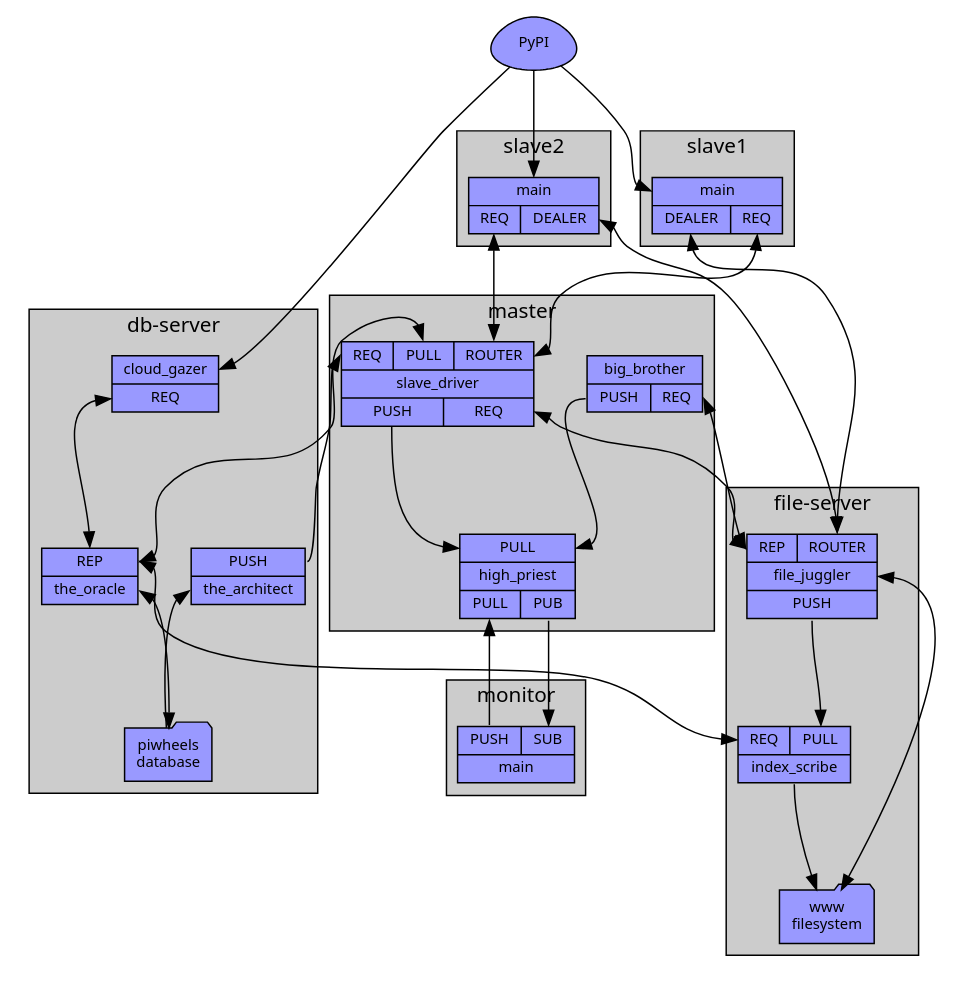
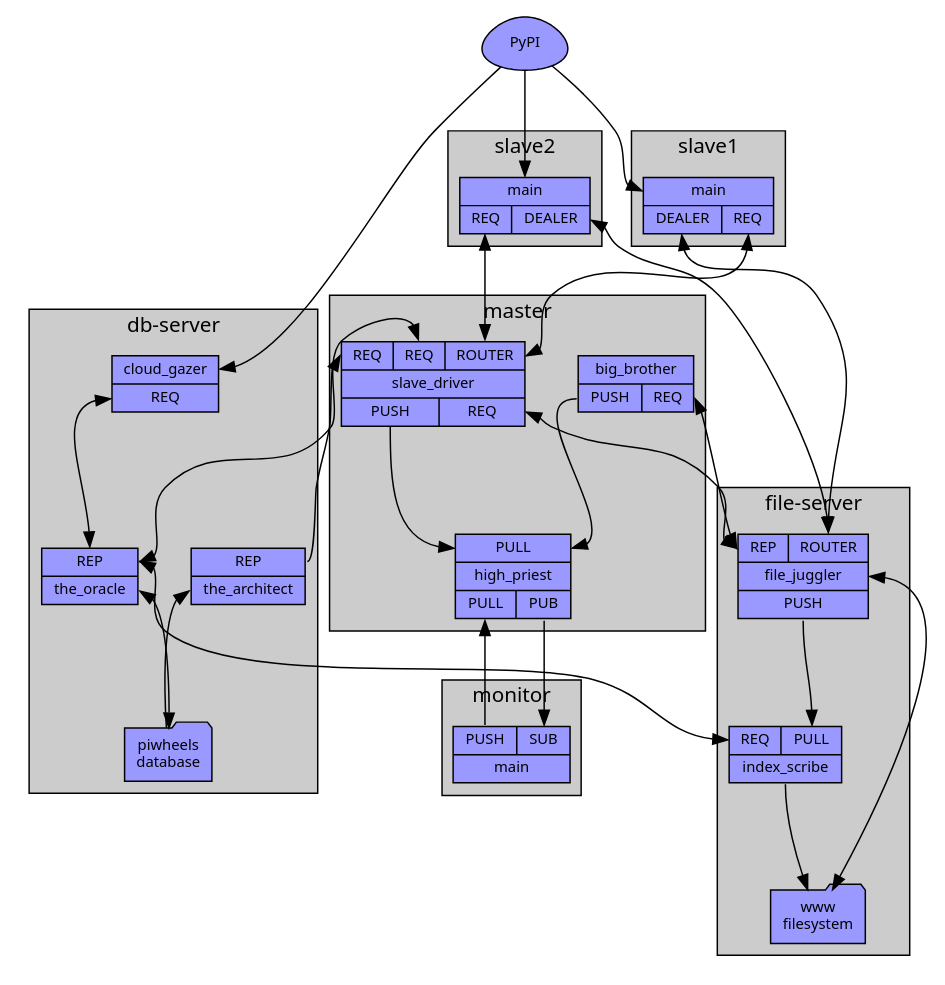
The diagram in docs/master_arch.dot (piwheels/piwheels), drawn with Graphviz before and after one commit. The commit also changed 8 other files, not shown here.

```diff
--- a/docs/master_arch.dot
+++ b/docs/master_arch.dot
@@ -1,74 +1,74 @@
 digraph piwheels {
     graph [nodesep=0.5, ranksep=1, style=filled, fontname=Sans, fontsize=14, fillcolor="#cccccc"];
     node [shape=record, fontname=Sans, fontsize=10, style=filled, fillcolor="#9999ff", penwidth=1];
     edge [fontname=Sans, fontsize=8];
 
     pypi [label="PyPI", shape=egg];
 
     subgraph cluster_db_server {
         graph [label="db-server"];
 
         cloud_gazer [label="{<t>cloud_gazer|<db>REQ}"];
         the_oracle [label="{<db>REP|<t>the_oracle}"];
-        the_architect [label="{<builds>PUSH|<t>the_architect}"];
+        the_architect [label="{<builds>REP|<t>the_architect}"];
         db [label="piwheels\ndatabase", shape=folder];
 
         the_oracle:t->db [dir=both];
         the_architect:t->db [dir=back];
     }
 
     subgraph cluster_file_server {
         graph [label="file-server"];
 
         file_juggler [label="{{<transfers>REP|<slaves>ROUTER}|<t>file_juggler|{<indexes>PUSH}}"];
         index_scribe [label="{{<db>REQ|<indexes>PULL}|<t>index_scribe}"];
         fs [label="www\nfilesystem", shape=folder];
 
         index_scribe:t->fs;
         file_juggler:t->fs [dir=both];
     }
 
     subgraph cluster_master {
         graph [label="master"];
 
         high_priest [label="{{<int_status>PULL}|high_priest|{<control>PULL|<ext_status>PUB}}"];
         big_brother [label="{<t>big_brother|{<int_status>PUSH|<transfers>REQ}}"];
-        slave_driver [label="{{<db>REQ|<builds>PULL|<slaves>ROUTER}|<t>slave_driver|{<int_status>PUSH|<transfers>REQ}}"];
+        slave_driver [label="{{<db>REQ|<builds>REQ|<slaves>ROUTER}|<t>slave_driver|{<int_status>PUSH|<transfers>REQ}}"];
 
         big_brother:int_status->high_priest:int_status;
         slave_driver:int_status->high_priest:int_status;
     }
 
     subgraph cluster_monitor {
         graph [label="monitor"];
         monitor [label="{{<control>PUSH|<status>SUB}|<t>main}"];
     }
 
     subgraph cluster_slave1 {
         graph [label="slave1"];
         slave1 [label="{<t>main|{<files>DEALER|<builds>REQ}}"];
     }
 
     subgraph cluster_slave2 {
         graph [label="slave2"];
         slave2 [label="{<t>main|{<builds>REQ|<files>DEALER}}"];
     }
 
     pypi->cloud_gazer:t;
     pypi->slave1:t;
     pypi->slave2:t;
     slave1:builds->slave_driver:slaves [dir=both];
     slave2:builds->slave_driver:slaves [dir=both];
     slave1:files->file_juggler:slaves [dir=both];
     slave2:files->file_juggler:slaves [dir=both];
     high_priest:ext_status->monitor:status;
     monitor:control->high_priest:control;
 
     the_architect:builds->slave_driver:builds;
     cloud_gazer:db->the_oracle:db [dir=both];
     file_juggler:indexes->index_scribe:indexes;
     index_scribe:db->the_oracle:db [dir=both];
     big_brother:transfers->file_juggler:transfers [dir=both];
     slave_driver:transfers->file_juggler:transfers [dir=both];
     slave_driver:db->the_oracle:db [dir=both];
 }
```
